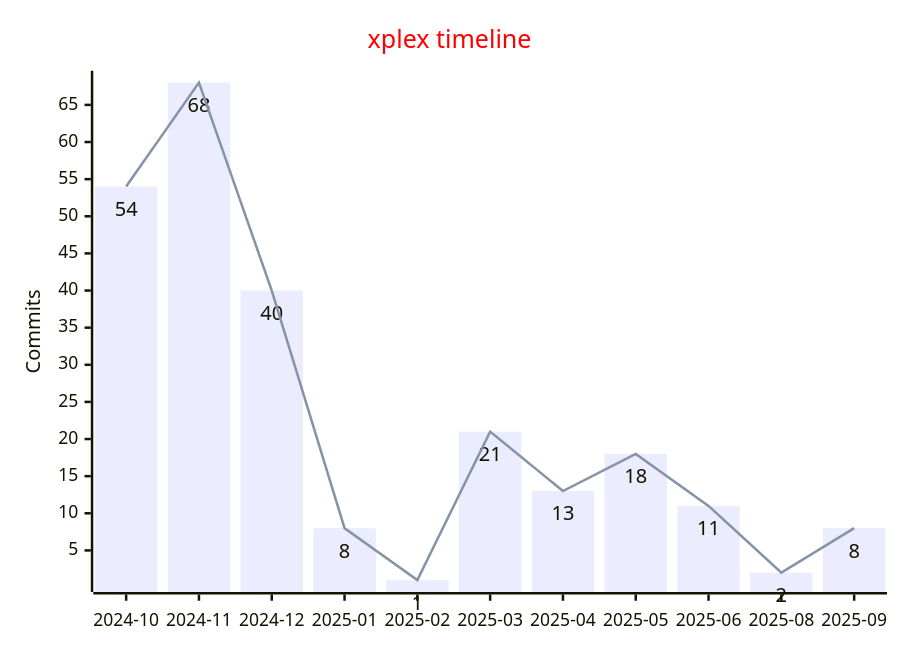
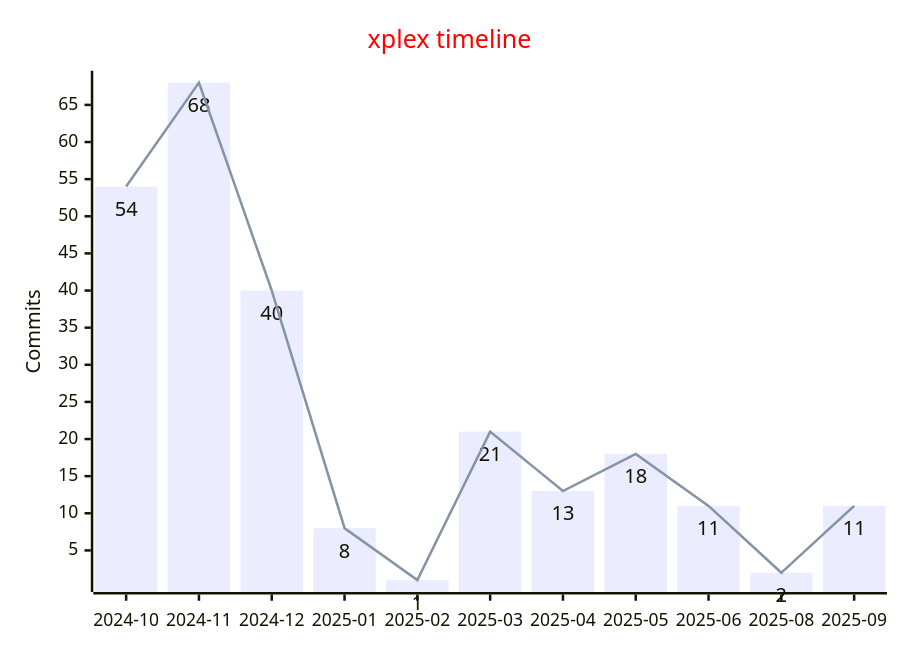
One commit to namakshenas/namakshenas changed the diagram in README.md. Above: the diagram before and after it, drawn with Mermaid.

Commit message:
Update xplex commit history

````diff
--- a/README.md
+++ b/README.md
@@ -11,16 +11,16 @@
 ```mermaid
 ---
 config:
     xyChart:
         showDataLabel: true
     themeVariables:
         xyChart:
             titleColor: "#ff0000"
 ---
 xychart
   title "xplex timeline"
   x-axis ["2024-10", "2024-11", "2024-12", "2025-01", "2025-02", "2025-03", "2025-04", "2025-05", "2025-06", "2025-08", "2025-09"]
   y-axis "Commits"
-  bar [54, 68, 40, 8, 1, 21, 13, 18, 11, 2, 8]
-  line [54, 68, 40, 8, 1, 21, 13, 18, 11, 2, 8]
+  bar [54, 68, 40, 8, 1, 21, 13, 18, 11, 2, 11]
+  line [54, 68, 40, 8, 1, 21, 13, 18, 11, 2, 11]
 ```
````
